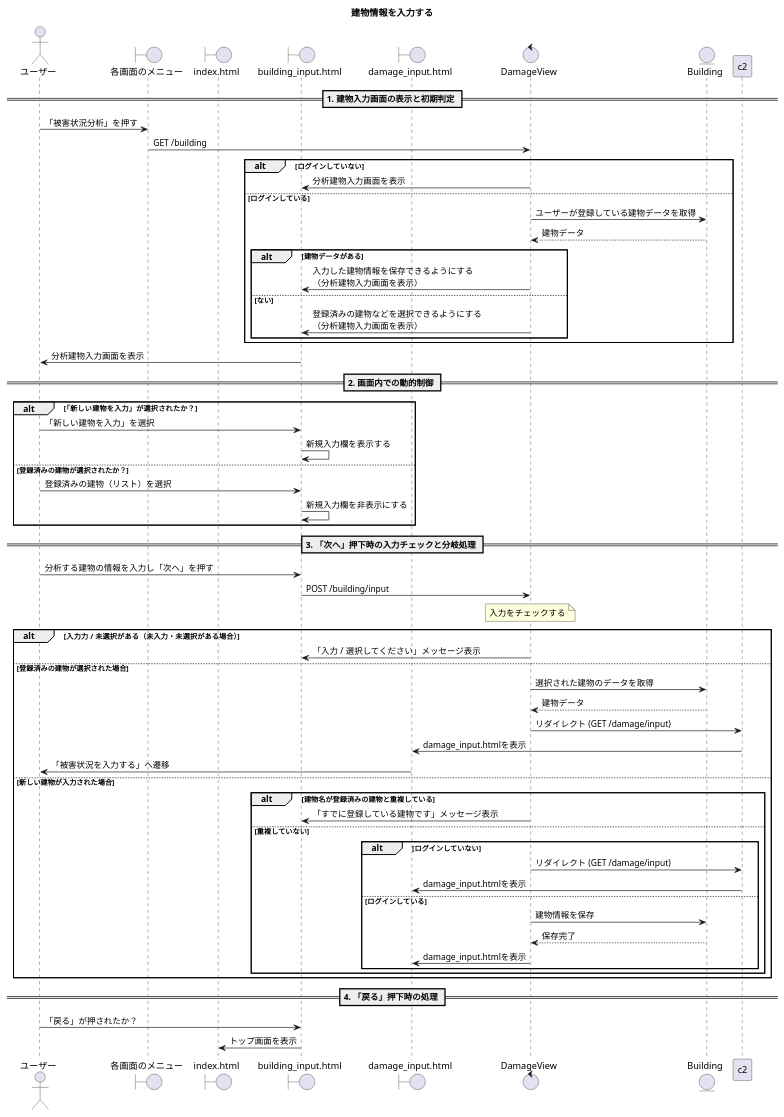
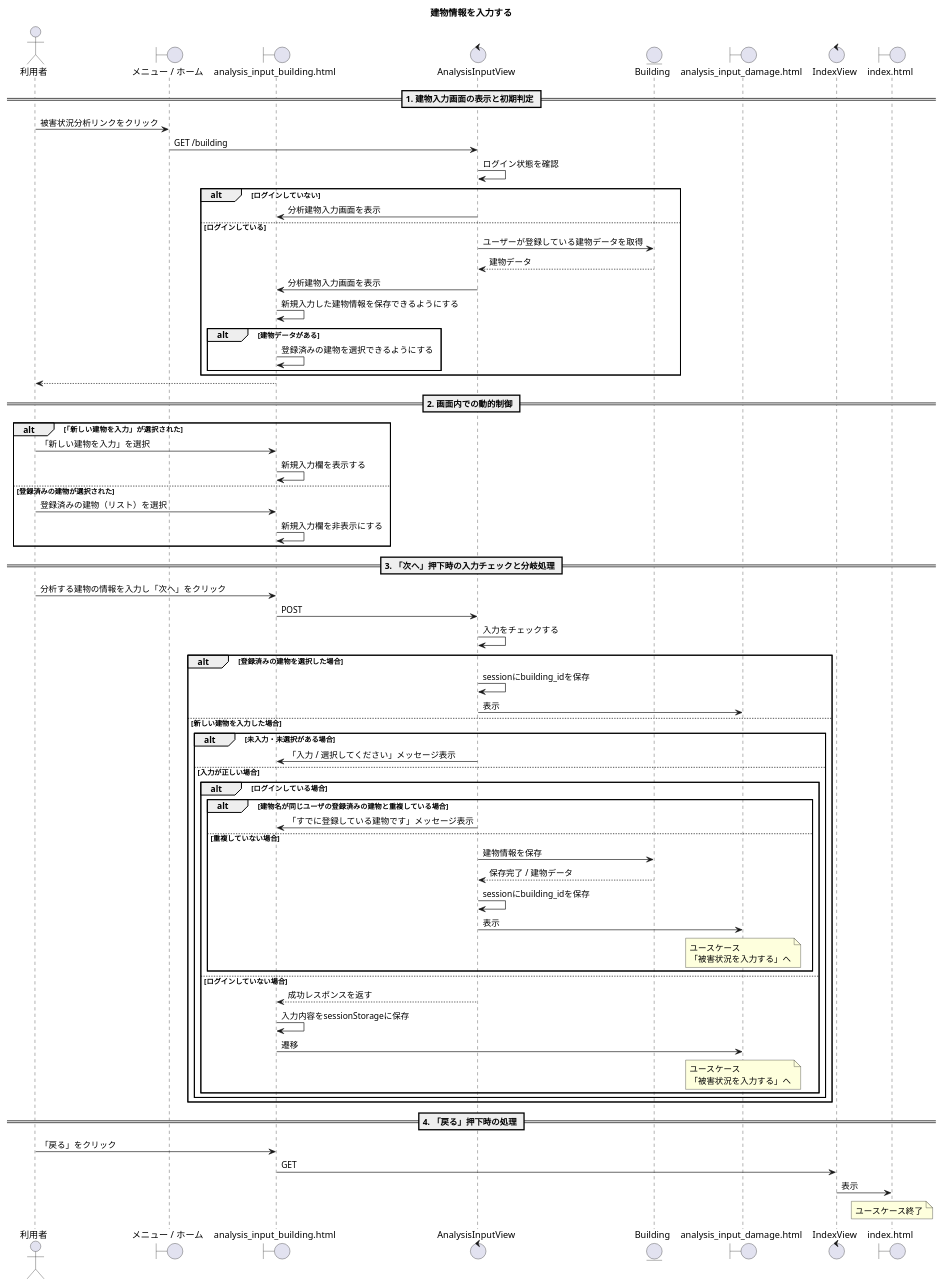
One commit to Kotarou-Tanoue/tanouesoftware changed the third of 16 diagrams in 20_システム設計書/図24_シーケンス.puml. Above: the diagram before and after it, drawn with PlantUML. The commit also changed other lines of this file and 4 other files, not shown here.

```diff
--- a/20_システム設計書/図24_シーケンス.puml
+++ b/20_システム設計書/図24_シーケンス.puml
@@ -76,74 +90,78 @@
 @startuml 建物情報を入力する
     title 建物情報を入力する
 
-    actor "ユーザー" as a1
-    boundary "各画面のメニュー" as b1
-    boundary "index.html" as b2
-    boundary "building_input.html" as b3
-    boundary "damage_input.html" as b4
-    control "DamageView" as c1
+    actor "利用者" as a1
+    boundary "メニュー / ホーム" as b1
+    boundary "analysis_input_building.html" as b2
+    control "AnalysisInputView" as c1
     entity "Building" as e1
+    boundary "analysis_input_damage.html" as b3
+    control "IndexView" as c2
+    boundary "index.html" as b4
+
 
     == 1. 建物入力画面の表示と初期判定 ==
-    a1 -> b1 : 「被害状況分析」を押す
+    a1 -> b1 : 被害状況分析リンクをクリック
     b1 -> c1 : GET /building
+    c1 -> c1 : ログイン状態を確認
 
     alt ログインしていない
-        c1 -> b3 : 分析建物入力画面を表示
+        c1 -> b2 : 分析建物入力画面を表示
     else ログインしている
         c1 -> e1 : ユーザーが登録している建物データを取得
         e1 --> c1 : 建物データ
+        c1 -> b2 : 分析建物入力画面を表示
 
+        b2 -> b2 : 新規入力した建物情報を保存できるようにする
         alt 建物データがある
-            c1 -> b3 : 入力した建物情報を保存できるようにする\n（分析建物入力画面を表示）
-        else ない
-            c1 -> b3 : 登録済みの建物などを選択できるようにする\n（分析建物入力画面を表示）
+            b2 -> b2 : 登録済みの建物を選択できるようにする
         end
     end
-    b3 -> a1 : 分析建物入力画面を表示
+    b2 --> a1
 
     == 2. 画面内での動的制御 ==
-    alt 「新しい建物を入力」が選択されたか？
-        a1 -> b3 : 「新しい建物を入力」を選択
-        b3 -> b3 : 新規入力欄を表示する
-    else 登録済みの建物が選択されたか？
-        a1 -> b3 : 登録済みの建物（リスト）を選択
-        b3 -> b3 : 新規入力欄を非表示にする
+    alt 「新しい建物を入力」が選択された
+        a1 -> b2 : 「新しい建物を入力」を選択
+        b2 -> b2 : 新規入力欄を表示する
+    else 登録済みの建物が選択された
+        a1 -> b2 : 登録済みの建物（リスト）を選択
+        b2 -> b2 : 新規入力欄を非表示にする
     end
 
     == 3. 「次へ」押下時の入力チェックと分岐処理 ==
-    a1 -> b3 : 分析する建物の情報を入力し「次へ」を押す
-    b3 -> c1 : POST /building/input
-
-    note over c1 : 入力をチェックする
-
-    alt 入力力 / 未選択がある（未入力・未選択がある場合）
-        c1 -> b3 : 「入力 / 選択してください」メッセージ表示
-
-    else 登録済みの建物が選択された場合
-        c1 -> e1 : 選択された建物のデータを取得
-        e1 --> c1 : 建物データ
-        c1 -> c2 : リダイレクト (GET /damage/input)
-        c2 -> b4 : damage_input.htmlを表示
-        b4 -> a1 : 「被害状況を入力する」へ遷移
-
-    else 新しい建物が入力された場合
-        alt 建物名が登録済みの建物と重複している
-            c1 -> b3 : 「すでに登録している建物です」メッセージ表示
-        else 重複していない
-            alt ログインしていない
-                c1 -> c2 : リダイレクト (GET /damage/input)
-                c2 -> b4 : damage_input.htmlを表示
-            else ログインしている
-                c1 -> e1 : 建物情報を保存
-                e1 --> c1 : 保存完了
-                c1 -> b4 : damage_input.htmlを表示
+    a1 -> b2 : 分析する建物の情報を入力し「次へ」をクリック
+    b2 -> c1 : POST
+    c1 -> c1 : 入力をチェックする
+    alt 登録済みの建物を選択した場合
+        c1 -> c1 : sessionにbuilding_idを保存
+        c1 -> b3 : 表示
+    else 新しい建物を入力した場合
+        alt 未入力・未選択がある場合
+            c1 -> b2 : 「入力 / 選択してください」メッセージ表示
+        else 入力が正しい場合
+            alt ログインしている場合
+                alt 建物名が同じユーザの登録済みの建物と重複している場合
+                    c1 -> b2 : 「すでに登録している建物です」メッセージ表示
+                else 重複していない場合
+                    c1 -> e1 : 建物情報を保存
+                    e1 --> c1 : 保存完了 / 建物データ
+                    c1 -> c1 : sessionにbuilding_idを保存
+                    c1 -> b3 : 表示
+                    note over b3 : ユースケース\n「被害状況を入力する」へ
+                end
+            else ログインしていない場合
+                c1 --> b2 : 成功レスポンスを返す
+                b2 -> b2 : 入力内容をsessionStorageに保存
+                b2 -> b3 : 遷移
+                note over b3 : ユースケース\n「被害状況を入力する」へ
             end
         end
     end
 
     == 4. 「戻る」押下時の処理 ==
-    a1 -> b3 : 「戻る」が押されたか？
-    b3 -> b2 : トップ画面を表示
+    a1 -> b2 : 「戻る」をクリック
+    b2 -> c2 : GET
+    c2 -> b4 : 表示
+    note over b4 : ユースケース終了
 
 @enduml
```
